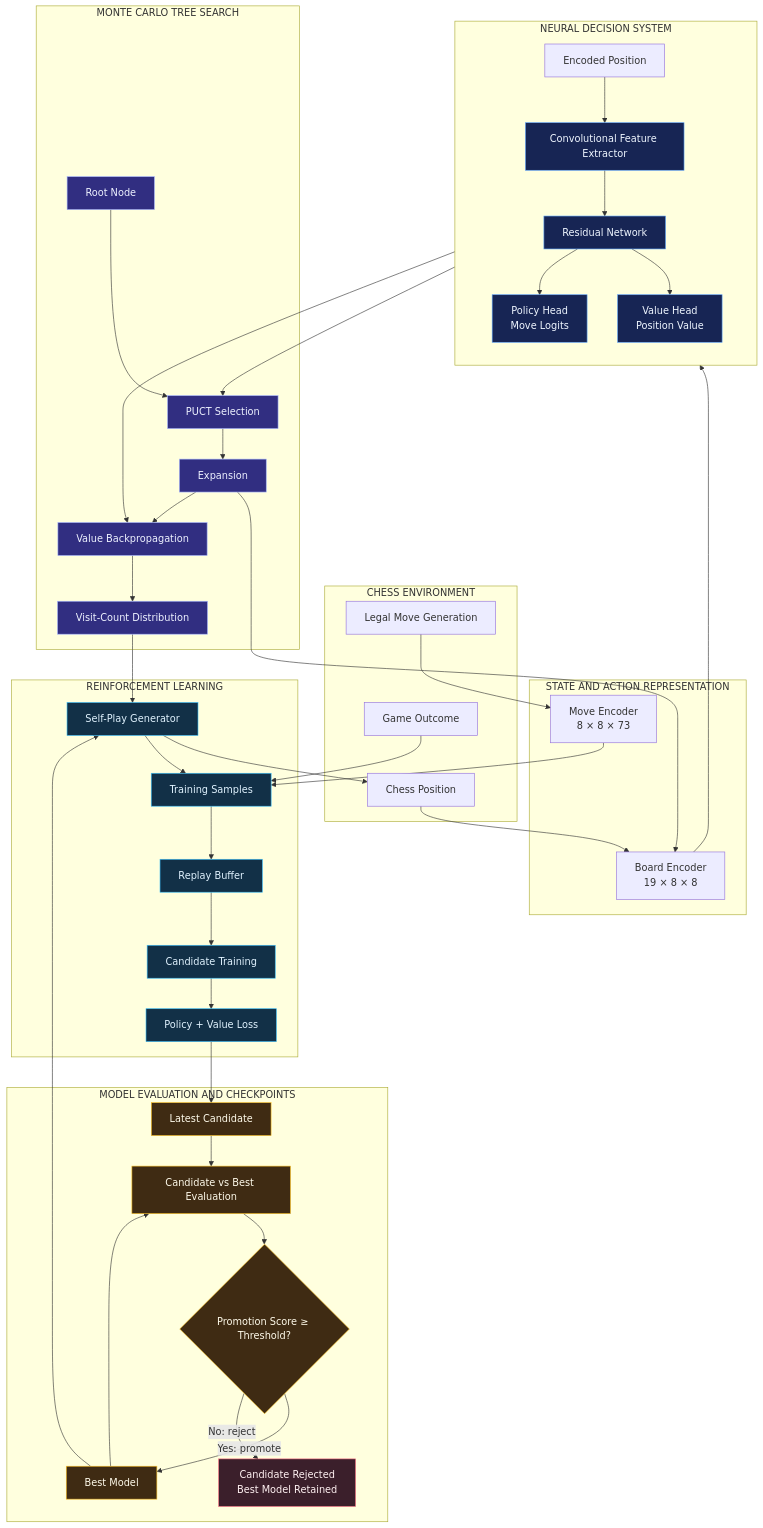
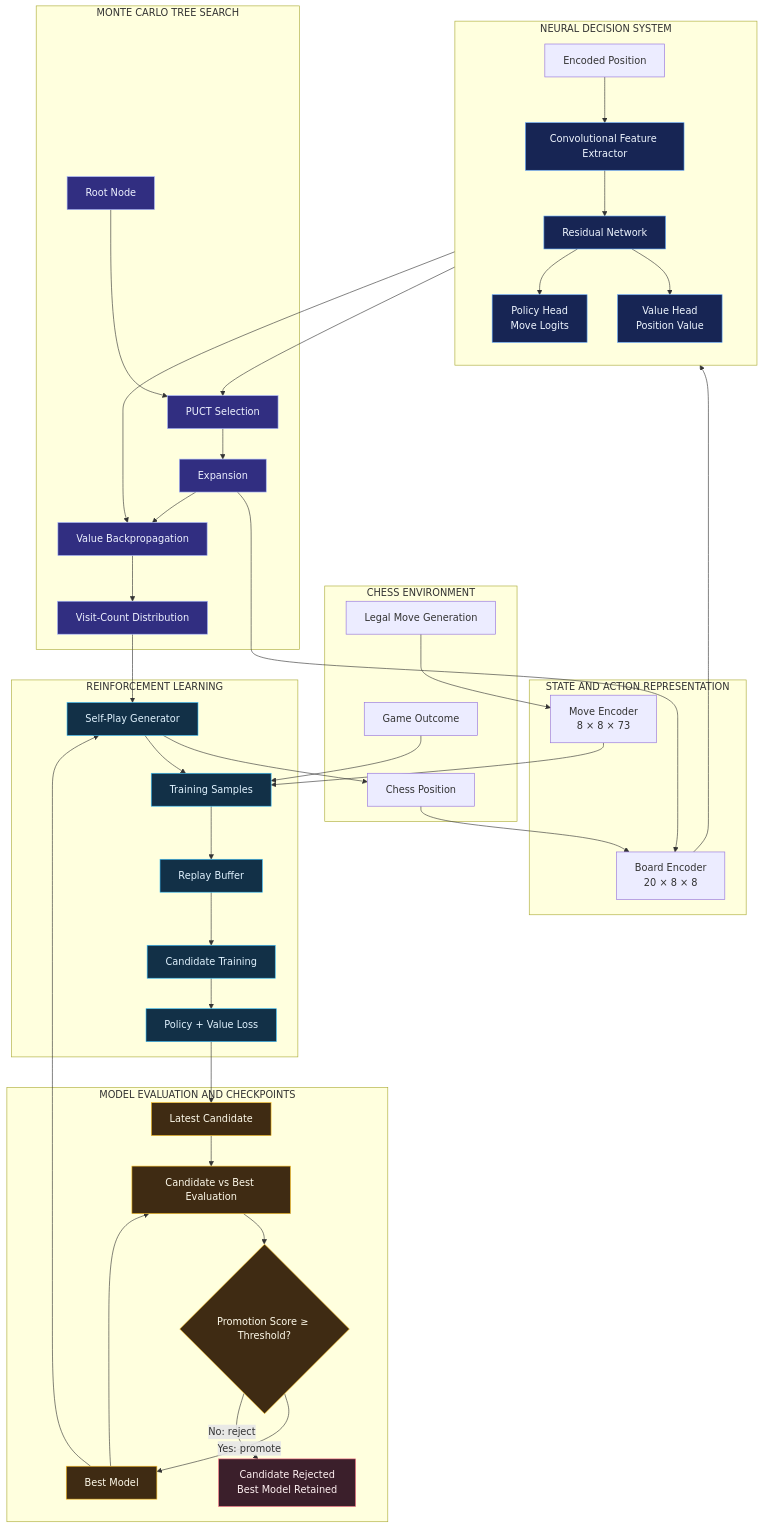
Before and after one commit to Nomusa990822/AlphaZero-Style-Chess-AI-Self-Play-Reinforcement-Learning-with-MCTS-and-Policy-Value-Networks: the first of 10 diagrams in README.md, drawn with Mermaid. The commit also changed other lines of this file and 57 other files, not shown here.

```diff
--- a/README.md
+++ b/README.md
@@ -95,7 +95,7 @@
     end
 
     subgraph REPRESENTATION["STATE AND ACTION REPRESENTATION"]
-        ENCODER["Board Encoder<br/>19 × 8 × 8"]
+        ENCODER["Board Encoder<br/>20 × 8 × 8"]
         ACTION["Move Encoder<br/>8 × 8 × 73"]
     end
 
```
